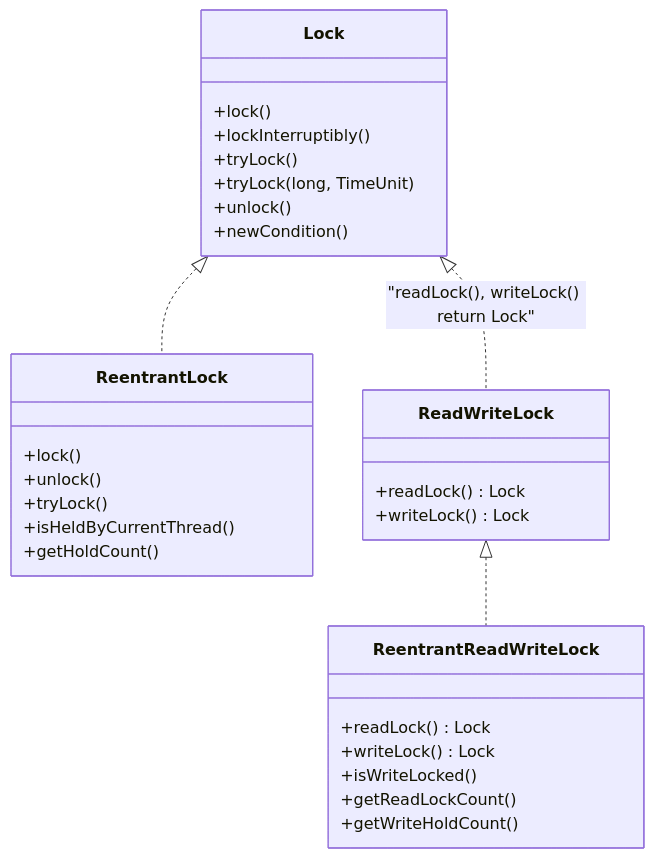
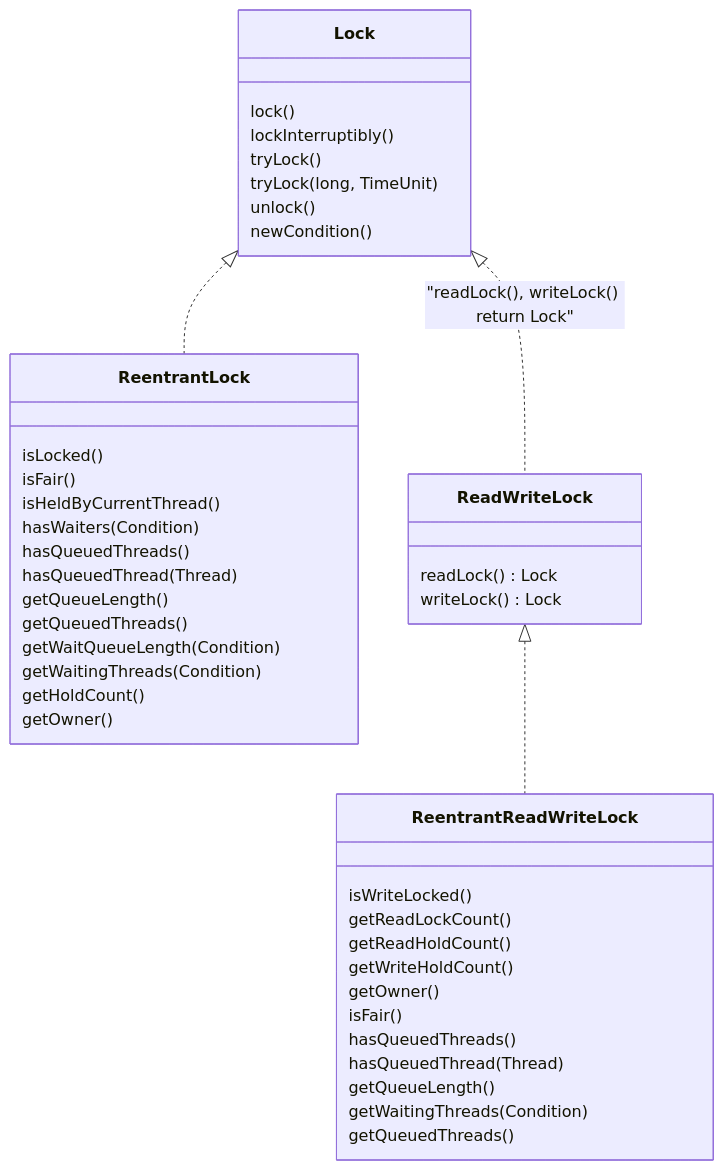
Before and after one commit to daverbk/studies: the fifth of 6 diagrams in conspectus/docs/java/concurrency.md, drawn with Mermaid. The commit also changed other lines of this file, not shown here.

````diff
--- a/conspectus/docs/java/concurrency.md
+++ b/conspectus/docs/java/concurrency.md
@@ -424,36 +426,49 @@
 ```mermaid
 classDiagram
     class Lock {
-        +lock()
-        +lockInterruptibly()
-        +tryLock()
-        +tryLock(long, TimeUnit)
-        +unlock()
-        +newCondition()
+        lock()
+        lockInterruptibly()
+        tryLock()
+        tryLock(long, TimeUnit)
+        unlock()
+        newCondition()
     }
 
     class ReentrantLock {
-        +lock()
-        +unlock()
-        +tryLock()
-        +isHeldByCurrentThread()
-        +getHoldCount()
+        isLocked()
+        isFair()
+        isHeldByCurrentThread()
+        hasWaiters(Condition)
+        hasQueuedThreads()
+        hasQueuedThread(Thread)
+        getQueueLength()
+        getQueuedThreads()
+        getWaitQueueLength(Condition)
+        getWaitingThreads(Condition)
+        getHoldCount()
+        getOwner()
     }
 
     class ReadWriteLock {
-        +readLock() Lock
-        +writeLock() Lock
+        readLock() Lock
+        writeLock() Lock
     }
 
     class ReentrantReadWriteLock {
-        +readLock() Lock
-        +writeLock() Lock
-        +isWriteLocked()
-        +getReadLockCount()
-        +getWriteHoldCount()
+        isWriteLocked()
+        getReadLockCount()
+        getReadHoldCount()
+        getWriteHoldCount()
+        getOwner()
+        isFair()
+        hasQueuedThreads()
+        hasQueuedThread(Thread)
+        getQueueLength()
+        getWaitingThreads(Condition)
+        getQueuedThreads()
     }
 
     Lock <|.. ReentrantLock
     ReadWriteLock <|.. ReentrantReadWriteLock
     Lock <|.. ReadWriteLock : "readLock(), writeLock() return Lock"
 ```
````
